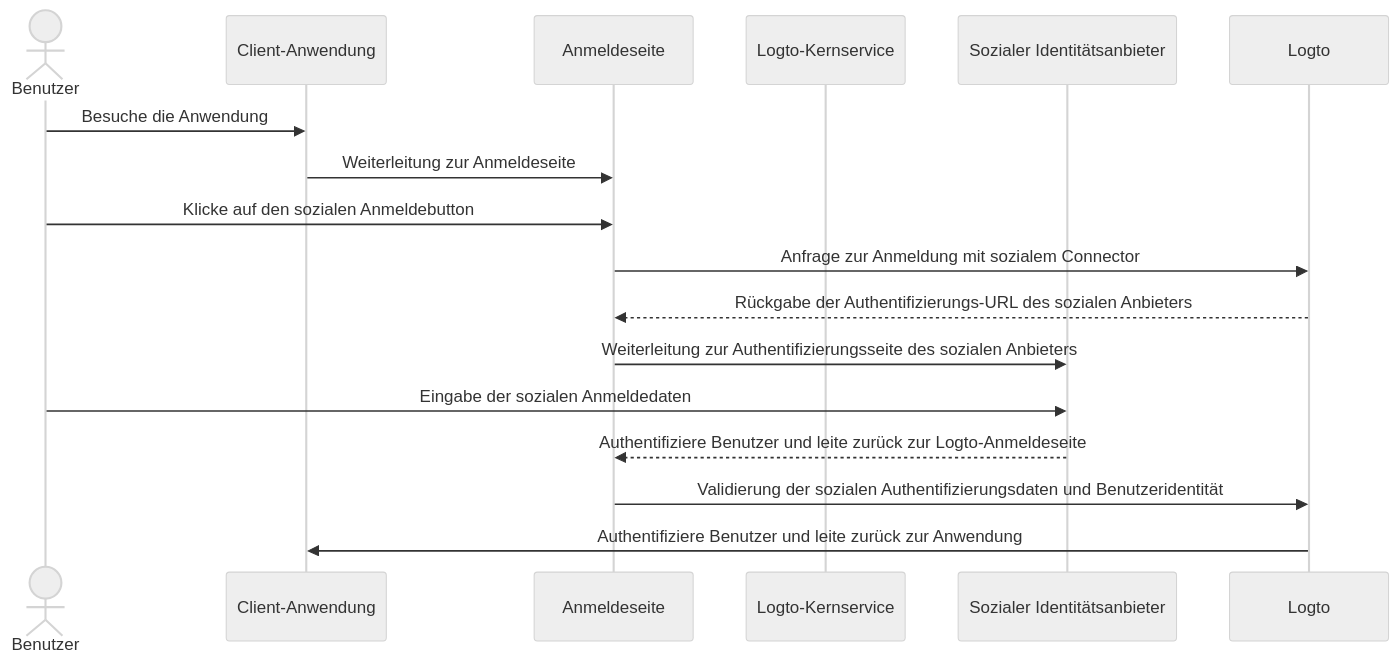
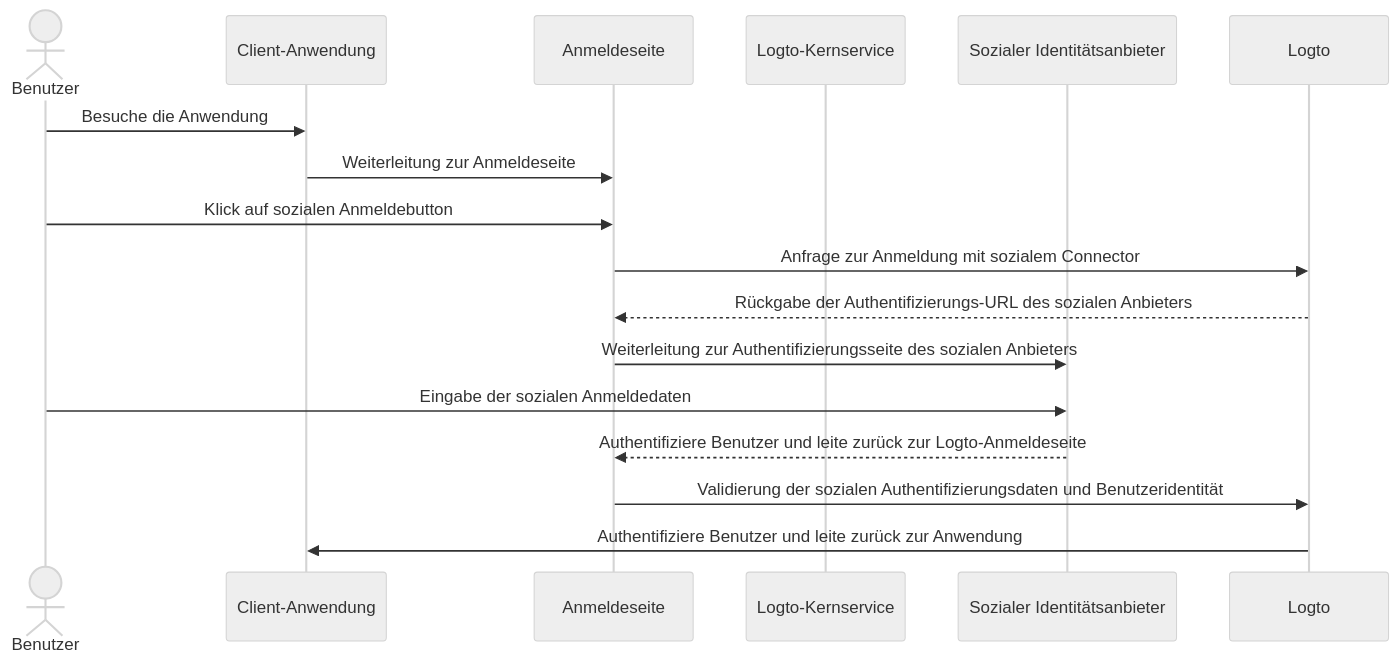
The first of 5 diagrams in i18n/de/docusaurus-plugin-content-docs/current/end-user-flows/sign-up-and-sign-in/social-sign-in.mdx (logto-io/docs), drawn with Mermaid (neutral theme) before and after one commit. The commit also changed other lines of this file and 2629 other files, not shown here.

````diff
--- a/i18n/de/docusaurus-plugin-content-docs/current/end-user-flows/sign-up-and-sign-in/social-sign-in.mdx
+++ b/i18n/de/docusaurus-plugin-content-docs/current/end-user-flows/sign-up-and-sign-in/social-sign-in.mdx
@@ -36,19 +39,19 @@
 ```mermaid
 sequenceDiagram
     actor user as Benutzer
     participant app as Client-Anwendung
     participant experience as Anmeldeseite
     participant logto as Logto-Kernservice
     participant social as Sozialer Identitätsanbieter
 
     user->>app: Besuche die Anwendung
     app->>experience: Weiterleitung zur Anmeldeseite
-    user->>experience: Klicke auf den sozialen Anmeldebutton
+    user->>experience: Klick auf sozialen Anmeldebutton
     experience->>Logto: Anfrage zur Anmeldung mit sozialem Connector
     Logto-->>experience: Rückgabe der Authentifizierungs-URL des sozialen Anbieters
     experience->>social: Weiterleitung zur Authentifizierungsseite des sozialen Anbieters
     user->>social: Eingabe der sozialen Anmeldedaten
     social-->>experience: Authentifiziere Benutzer und leite zurück zur Logto-Anmeldeseite
     experience->>Logto: Validierung der sozialen Authentifizierungsdaten und Benutzeridentität
     Logto->>app: Authentifiziere Benutzer und leite zurück zur Anwendung
 ```
````
